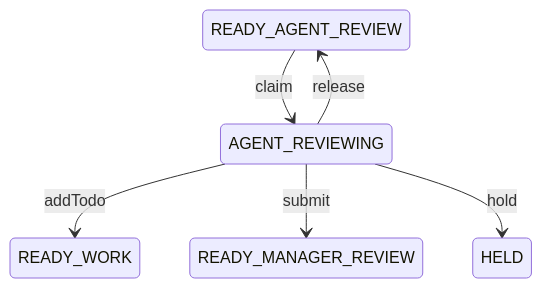
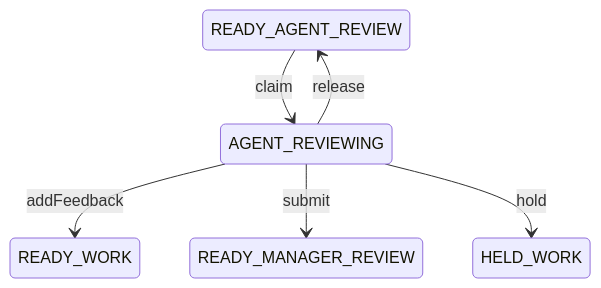
One commit to Pyrolistical/task-graph-template changed the eighth of 11 diagrams in README.md. Above: the diagram before and after it, drawn with Mermaid. The commit also changed other lines of this file and 47 other files, not shown here.

````diff
--- a/README.md
+++ b/README.md
@@ -551,8 +618,8 @@
 ```mermaid
 stateDiagram-v2
     READY_AGENT_REVIEW --> AGENT_REVIEWING : claim
-    AGENT_REVIEWING --> READY_WORK : addTodo
+    AGENT_REVIEWING --> READY_WORK : addFeedback
     AGENT_REVIEWING --> READY_MANAGER_REVIEW : submit
-    AGENT_REVIEWING --> HELD : hold
+    AGENT_REVIEWING --> HELD_WORK : hold
     AGENT_REVIEWING --> READY_AGENT_REVIEW : release
 ```
````
